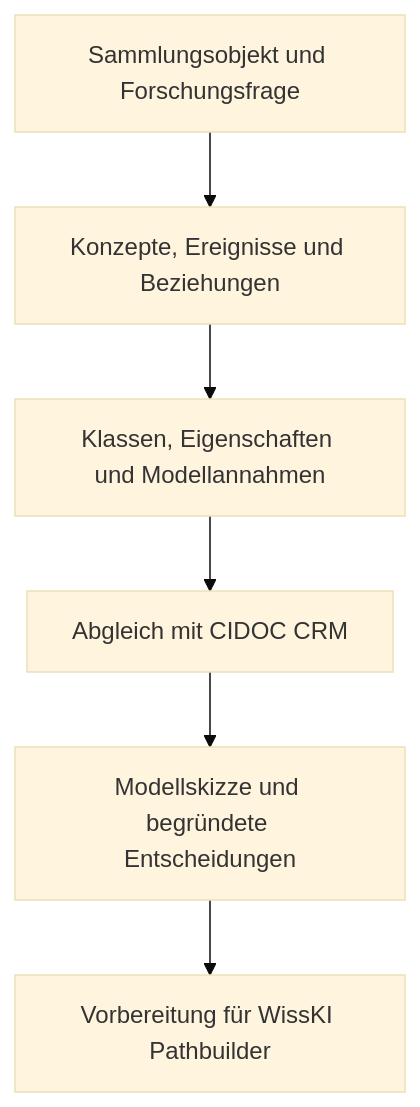
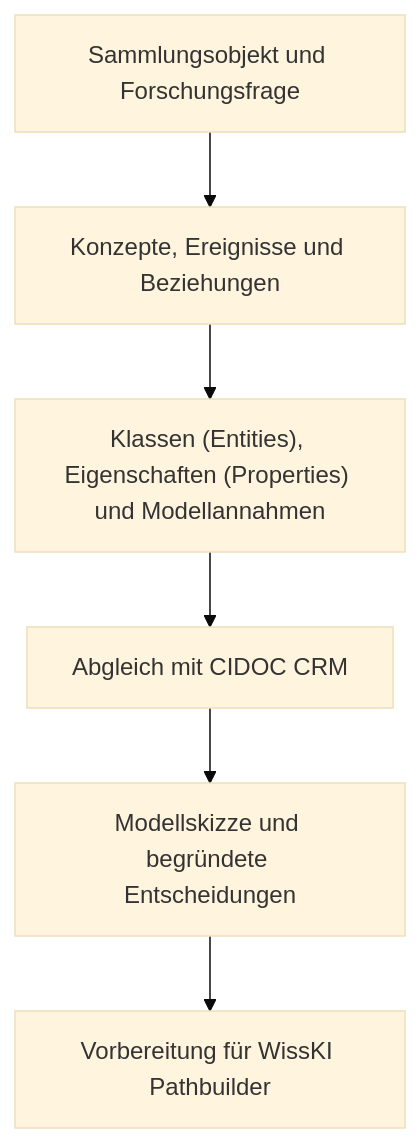
One commit to soda-collections-objects-data-literacy/WissKIBits_How-to-Tutorial changed the diagram in WissKIBits_Modul1/M1E0_Ablauf-Zielsetzung.md. Above: the diagram before and after it, drawn with Mermaid (base theme). The commit also changed other lines of this file, not shown here.

````diff
--- a/WissKIBits_Modul1/M1E0_Ablauf-Zielsetzung.md
+++ b/WissKIBits_Modul1/M1E0_Ablauf-Zielsetzung.md
@@ -185,8 +185,8 @@
 ```mermaid
 flowchart TD
     A["Sammlungsobjekt und Forschungsfrage"] --> B["Konzepte, Ereignisse und Beziehungen"]
-    B --> C["Klassen, Eigenschaften und Modellannahmen"]
+    B --> C["Klassen (Entities), Eigenschaften (Properties) und Modellannahmen"]
     C --> D["Abgleich mit CIDOC CRM"]
     D --> E["Modellskizze und begründete Entscheidungen"]
     E --> F["Vorbereitung für WissKI Pathbuilder"]
 ```
````
